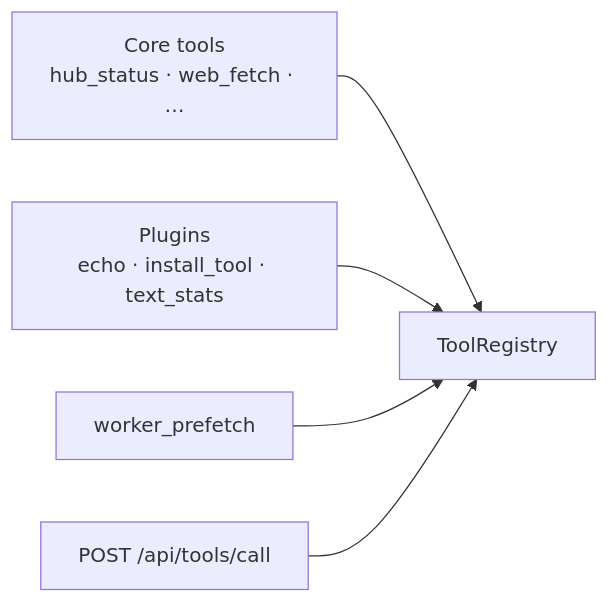
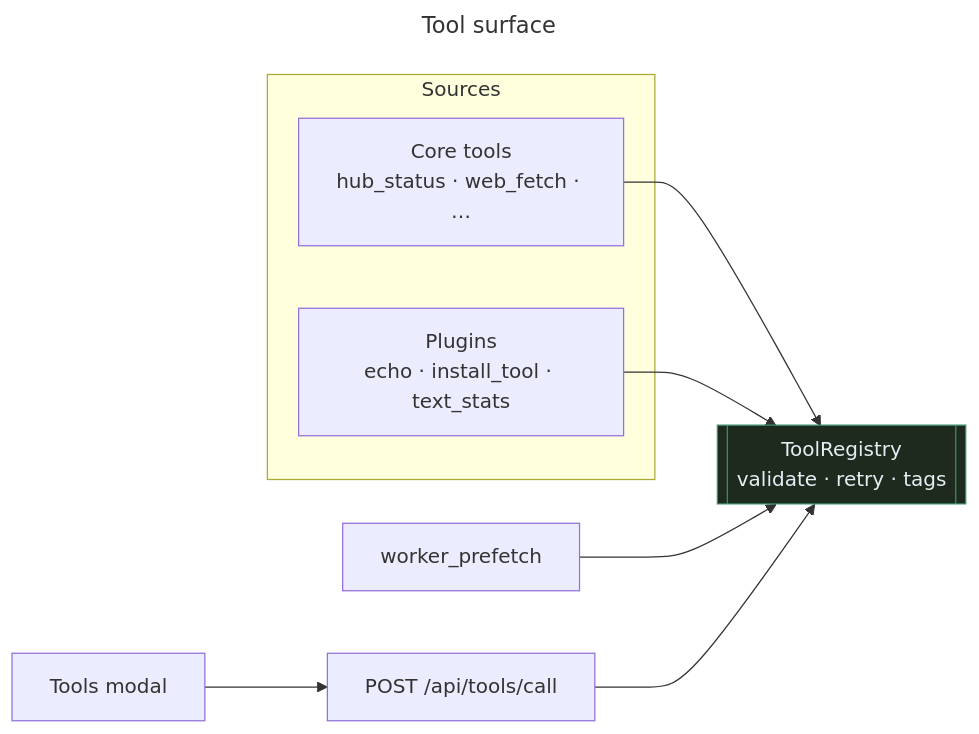
Before and after one commit to landjunge/gnom-hub-v1: the seventh of 7 diagrams in docs/ARCHITECTURE.md, drawn with Mermaid. The commit also changed other lines of this file and 3 other files, not shown here.

First line of the commit message:
docs: deepen Mermaid syntax (state, sequence, classDef, guide)

````diff
--- a/docs/ARCHITECTURE.md
+++ b/docs/ARCHITECTURE.md
@@ -182,13 +259,24 @@
 ```mermaid
+---
+title: Tool surface
+---
 flowchart LR
-  Core["Core tools\nhub_status · web_fetch · …"]
-  Plug["Plugins\necho · install_tool · text_stats"]
-  Reg["ToolRegistry"]
+  subgraph Sources
+    Core["Core tools<br/>hub_status · web_fetch · …"]
+    Plug["Plugins<br/>echo · install_tool · text_stats"]
+  end
+
+  Reg[["ToolRegistry<br/>validate · retry · tags"]]
   Pref["worker_prefetch"]
   API["POST /api/tools/call"]
+  UI["Tools modal"]
 
   Core --> Reg
   Plug --> Reg
   Pref --> Reg
   API --> Reg
+  UI --> API
+
+  classDef reg fill:#1e2a1e,stroke:#3a8f6e,color:#e6edf3
+  class Reg reg
 ```
````
